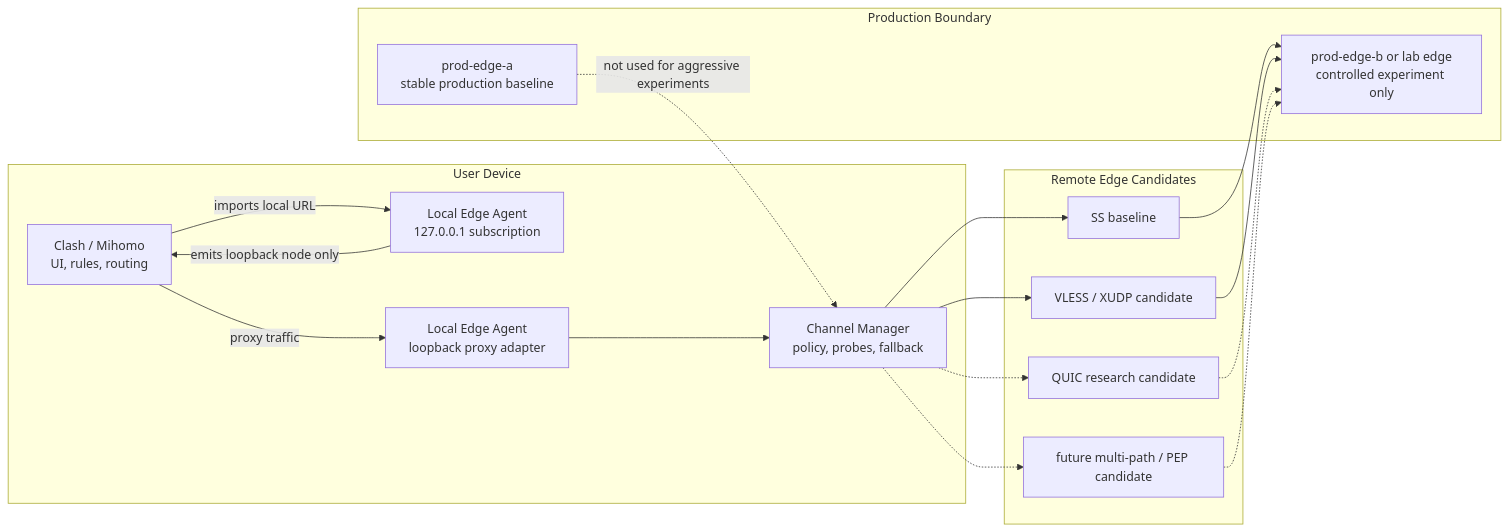
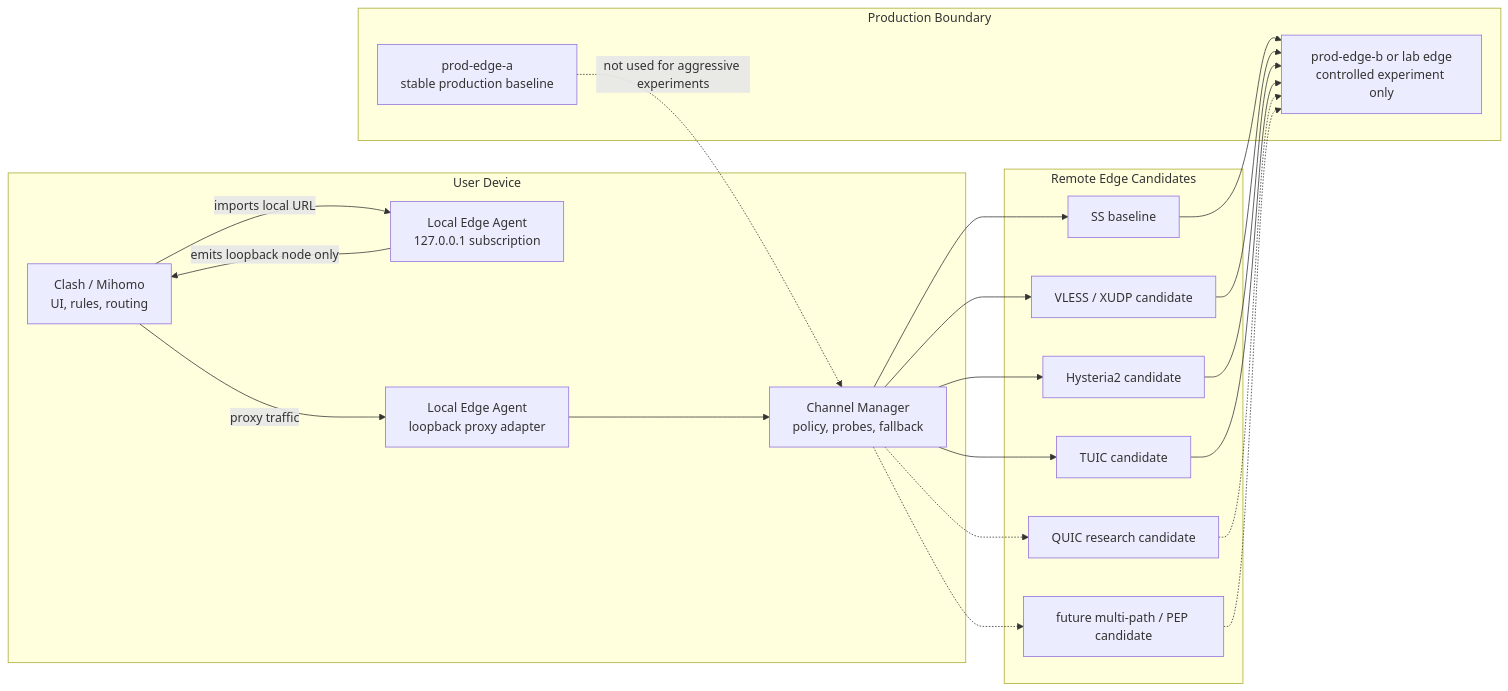
Before and after one commit to FlyLink-com/proxy-gateway-minimal: the diagram in docs/LOCAL_EDGE_CHANNEL_TECHNICAL_MVP.md, drawn with Mermaid. The commit also changed other lines of this file and 5 other files, not shown here.

Commit message:
feat: add hysteria2 and tuic renderer contracts

````diff
--- a/docs/LOCAL_EDGE_CHANNEL_TECHNICAL_MVP.md
+++ b/docs/LOCAL_EDGE_CHANNEL_TECHNICAL_MVP.md
@@ -75,35 +75,41 @@
 ```mermaid
 flowchart LR
   subgraph "User Device"
     Clash["Clash / Mihomo\nUI, rules, routing"]
     AgentSub["Local Edge Agent\n127.0.0.1 subscription"]
     AgentProxy["Local Edge Agent\nloopback proxy adapter"]
     Manager["Channel Manager\npolicy, probes, fallback"]
   end
 
   subgraph "Remote Edge Candidates"
     SS["SS baseline"]
     VLESS["VLESS / XUDP candidate"]
+    HY2["Hysteria2 candidate"]
+    TUIC["TUIC candidate"]
     QUIC["QUIC research candidate"]
     Future["future multi-path / PEP candidate"]
   end
 
   subgraph "Production Boundary"
     ProdA["prod-edge-a\nstable production baseline"]
     Canary["prod-edge-b or lab edge\ncontrolled experiment only"]
   end
 
   Clash -->|"imports local URL"| AgentSub
   AgentSub -->|"emits loopback node only"| Clash
   Clash -->|"proxy traffic"| AgentProxy
   AgentProxy --> Manager
   Manager --> SS
   Manager --> VLESS
+  Manager --> HY2
+  Manager --> TUIC
   Manager -.-> QUIC
   Manager -.-> Future
   SS --> Canary
   VLESS --> Canary
+  HY2 --> Canary
+  TUIC --> Canary
   QUIC -.-> Canary
   Future -.-> Canary
   ProdA -.->|"not used for aggressive experiments"| Manager
 ```
````
